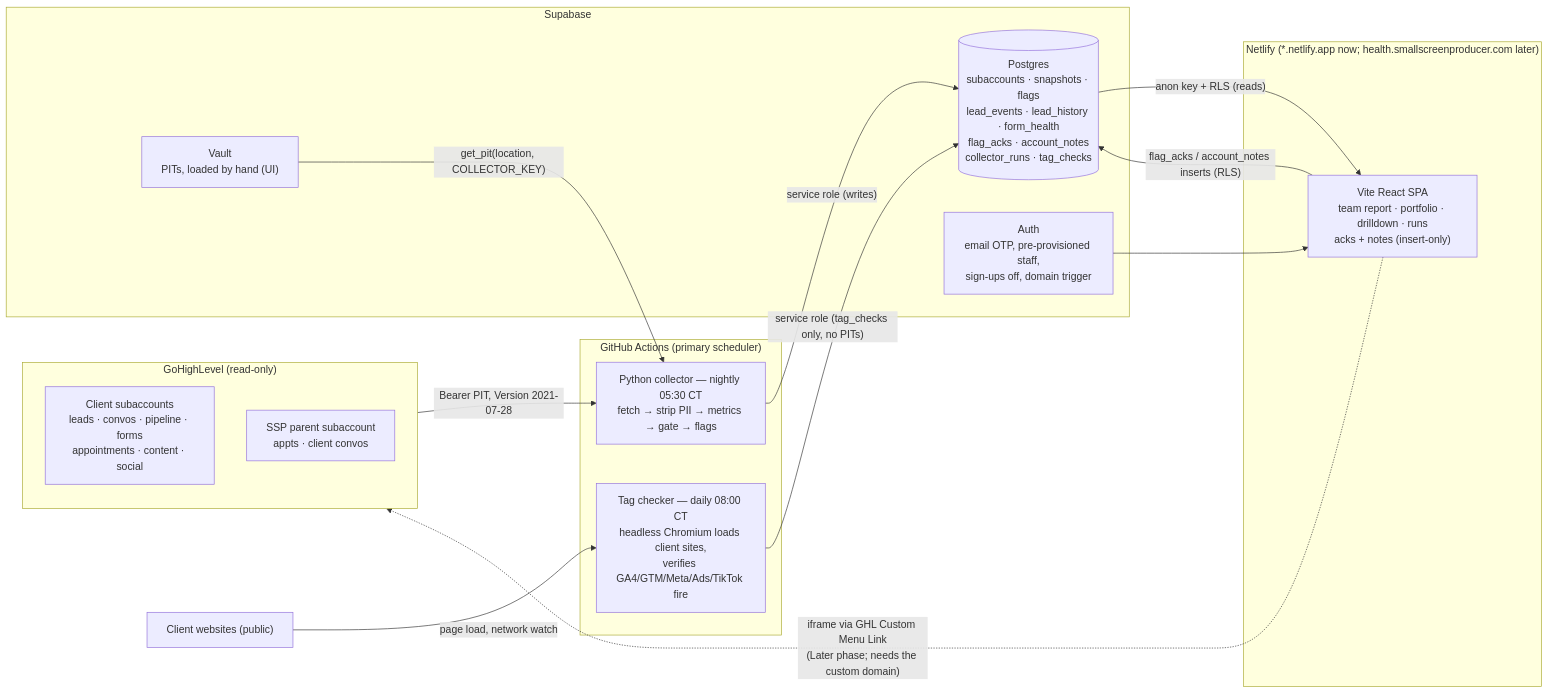
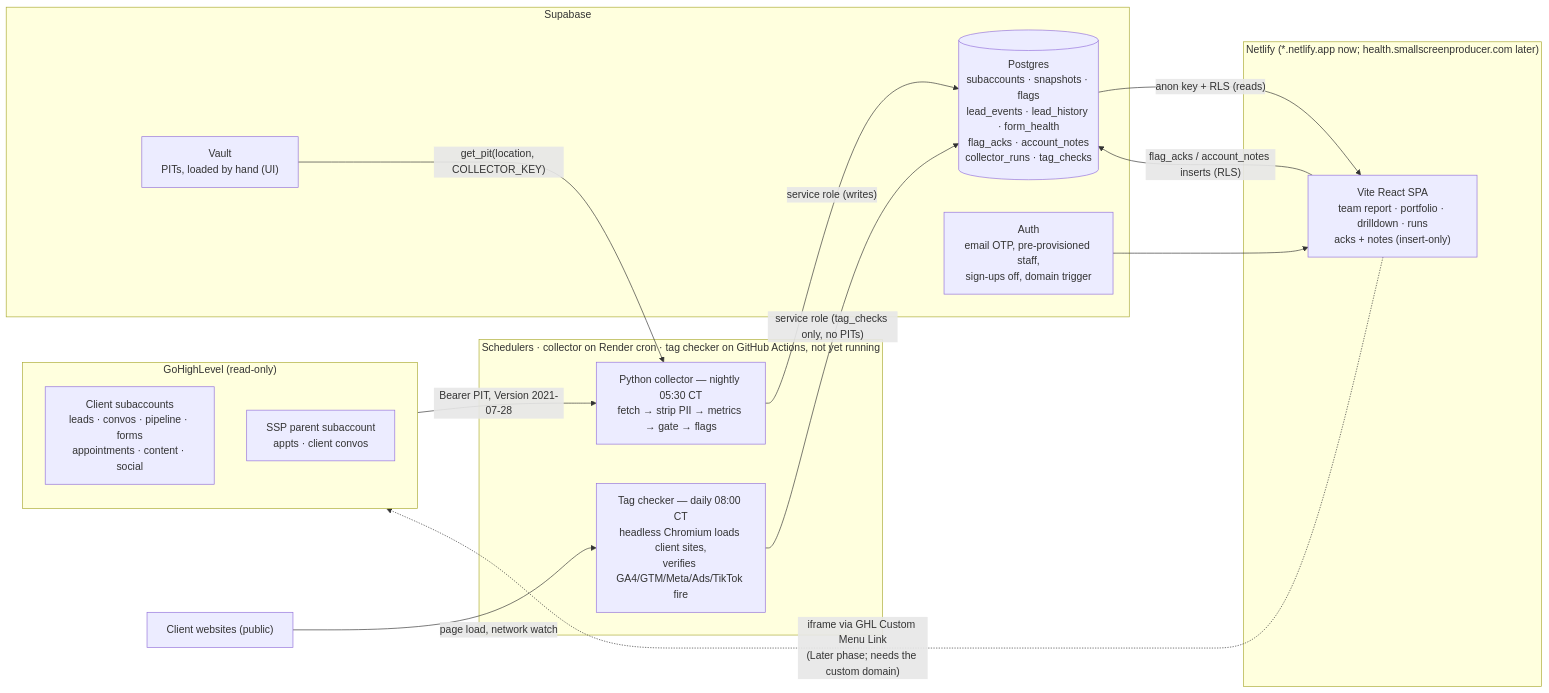
Before and after one commit to matthewcarlsonhome-cmd/GHLReports: the diagram in docs/ARCHITECTURE.md, drawn with Mermaid. The commit also changed other lines of this file and 6 other files, not shown here.

````diff
--- a/docs/ARCHITECTURE.md
+++ b/docs/ARCHITECTURE.md
@@ -10,32 +10,32 @@
 ```mermaid
 flowchart LR
     subgraph GHL["GoHighLevel (read-only)"]
         CA["Client subaccounts<br/>leads · convos · pipeline · forms<br/>appointments · content · social"]
         PA["SSP parent subaccount<br/>appts · client convos"]
     end
 
-    subgraph GHA["GitHub Actions (primary scheduler)"]
+    subgraph GHA["Schedulers · collector on Render cron · tag checker on GitHub Actions, not yet running"]
         COL["Python collector — nightly 05:30 CT<br/>fetch → strip PII → metrics → gate → flags"]
         TAG["Tag checker — daily 08:00 CT<br/>headless Chromium loads client sites,<br/>verifies GA4/GTM/Meta/Ads/TikTok fire"]
     end
 
     subgraph Supabase
         VAULT["Vault<br/>PITs, loaded by hand (UI)"]
         DB[("Postgres<br/>subaccounts · snapshots · flags<br/>lead_events · lead_history · form_health<br/>flag_acks · account_notes<br/>collector_runs · tag_checks")]
         AUTH["Auth<br/>email OTP, pre-provisioned staff,<br/>sign-ups off, domain trigger"]
     end
 
     subgraph Netlify["Netlify (*.netlify.app now; health.smallscreenproducer.com later)"]
         SPA["Vite React SPA<br/>team report · portfolio · drilldown · runs<br/>acks + notes (insert-only)"]
     end
 
     WEB["Client websites (public)"] -- "page load, network watch" --> TAG
     GHL -- "Bearer PIT, Version 2021-07-28" --> COL
     VAULT -- "get_pit(location, COLLECTOR_KEY)" --> COL
     COL -- "service role (writes)" --> DB
     TAG -- "service role (tag_checks only, no PITs)" --> DB
     DB -- "anon key + RLS (reads)" --> SPA
     SPA -- "flag_acks / account_notes inserts (RLS)" --> DB
     AUTH --> SPA
     SPA -. "iframe via GHL Custom Menu Link<br/>(Later phase; needs the custom domain)" .-> GHL
 ```
````
